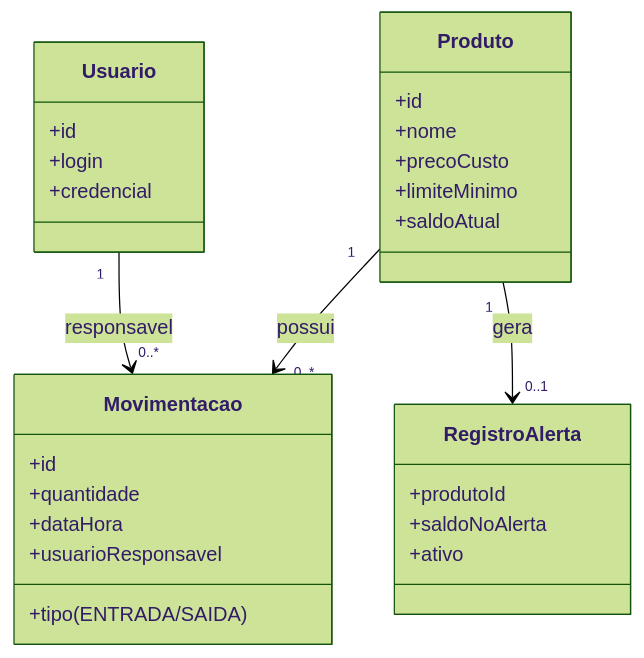
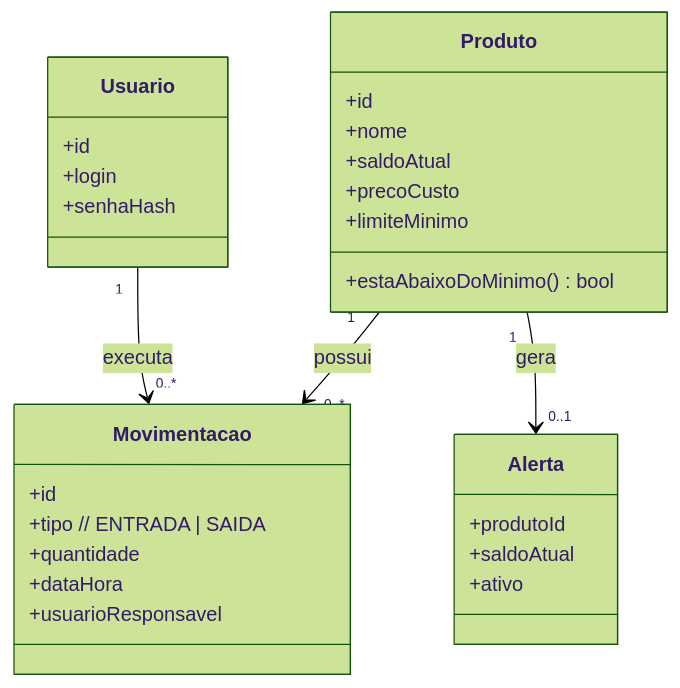
The third of 3 diagrams in docs/Time_2_Design/analise-qualitativa/outputs/relatorio_claude_opus_4_8_P03.md (PDC-ESIA/AI4ES), drawn with Mermaid (forest theme) before and after one commit. The commit also changed other lines of this file and 107 other files, not shown here.

````diff
--- a/docs/Time_2_Design/analise-qualitativa/outputs/relatorio_claude_opus_4_8_P03.md
+++ b/docs/Time_2_Design/analise-qualitativa/outputs/relatorio_claude_opus_4_8_P03.md
@@ -141,31 +131,32 @@
 ```mermaid
 classDiagram
     class Produto {
         +id
         +nome
+        +saldoAtual
         +precoCusto
         +limiteMinimo
-        +saldoAtual
+        +estaAbaixoDoMinimo() bool
     }
     class Movimentacao {
         +id
-        +tipo (ENTRADA/SAIDA)
+        +tipo  // ENTRADA | SAIDA
         +quantidade
         +dataHora
         +usuarioResponsavel
     }
     class Usuario {
         +id
         +login
-        +credencial
+        +senhaHash
     }
-    class RegistroAlerta {
+    class Alerta {
         +produtoId
-        +saldoNoAlerta
+        +saldoAtual
         +ativo
     }
 
     Produto "1" --> "0..*" Movimentacao : possui
-    Usuario "1" --> "0..*" Movimentacao : responsavel
-    Produto "1" --> "0..1" RegistroAlerta : gera
+    Usuario "1" --> "0..*" Movimentacao : executa
+    Produto "1" --> "0..1" Alerta : gera
 ```
````
